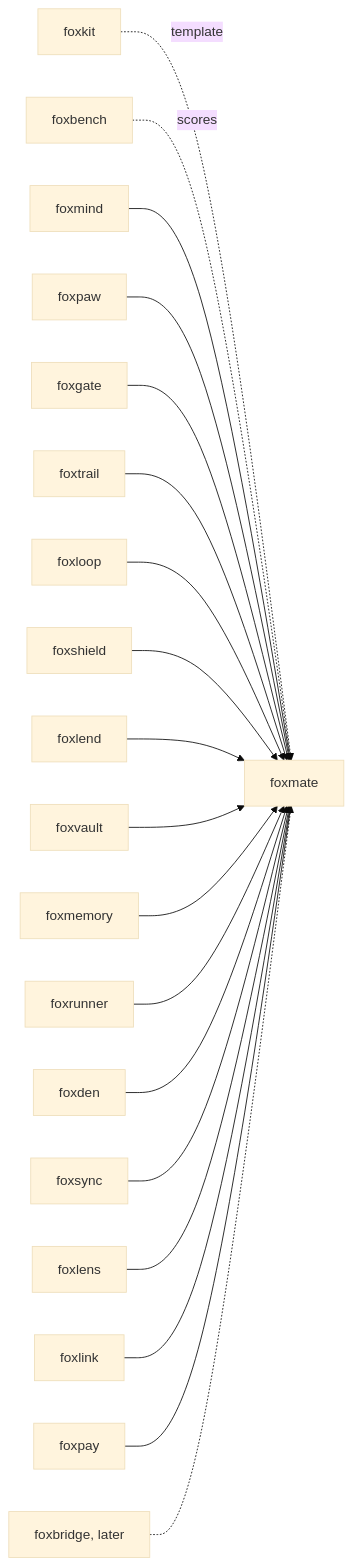
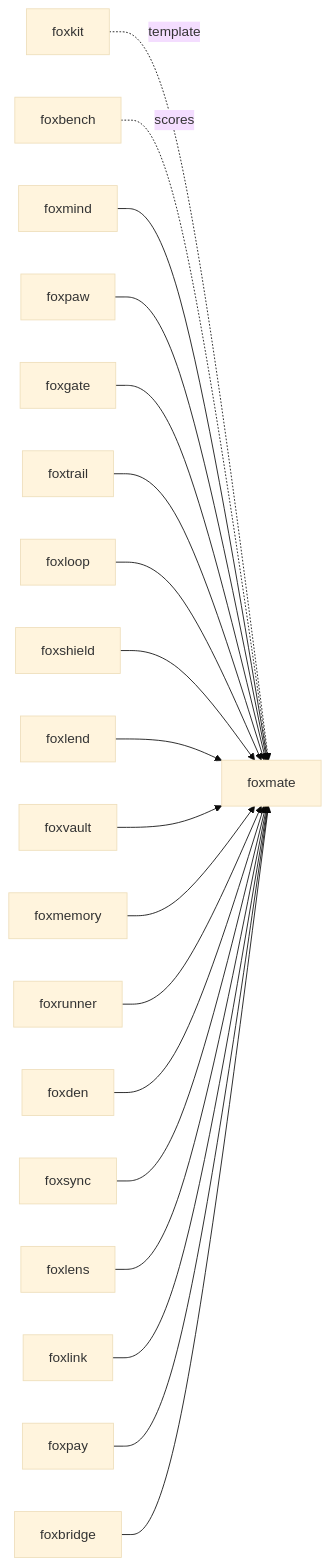
Before and after one commit to pooriaarab/foxmate: the third of 3 diagrams in README.md, drawn with Mermaid (base theme). The commit also changed other lines of this file and 18 other files, not shown here.

````diff
--- a/README.md
+++ b/README.md
@@ -398,40 +426,40 @@
 ```mermaid
 flowchart LR
   foxkit[foxkit] -.->|template| foxmate
   foxbench[foxbench] -.->|scores| foxmate
   foxmind[foxmind] --> foxmate[foxmate]
   foxpaw[foxpaw] --> foxmate
   foxgate[foxgate] --> foxmate
   foxtrail[foxtrail] --> foxmate
   foxloop[foxloop] --> foxmate
   foxshield[foxshield] --> foxmate
   foxlend[foxlend] --> foxmate
   foxvault[foxvault] --> foxmate
   foxmemory[foxmemory] --> foxmate
   foxrunner[foxrunner] --> foxmate
   foxden[foxden] --> foxmate
   foxsync[foxsync] --> foxmate
   foxlens[foxlens] --> foxmate
   foxlink[foxlink] --> foxmate
   foxpay[foxpay] --> foxmate
-  foxbridge[foxbridge, later] -.-> foxmate
+  foxbridge[foxbridge] --> foxmate
   click foxkit "https://github.com/pooriaarab/foxkit"
   click foxbench "https://github.com/pooriaarab/foxbench"
   click foxmind "https://github.com/pooriaarab/foxmind"
   click foxpaw "https://github.com/pooriaarab/foxpaw"
   click foxgate "https://github.com/pooriaarab/foxgate"
   click foxtrail "https://github.com/pooriaarab/foxtrail"
   click foxloop "https://github.com/pooriaarab/foxloop"
   click foxshield "https://github.com/pooriaarab/foxshield"
   click foxlend "https://github.com/pooriaarab/foxlend"
   click foxvault "https://github.com/pooriaarab/foxvault"
   click foxmemory "https://github.com/pooriaarab/foxmemory"
   click foxrunner "https://github.com/pooriaarab/foxrunner"
   click foxden "https://github.com/pooriaarab/foxden"
   click foxsync "https://github.com/pooriaarab/foxsync"
   click foxlens "https://github.com/pooriaarab/foxlens"
   click foxlink "https://github.com/pooriaarab/foxlink"
   click foxpay "https://github.com/pooriaarab/foxpay"
   click foxbridge "https://github.com/pooriaarab/foxbridge"
   click foxmate "https://github.com/pooriaarab/foxmate"
 ```
````
